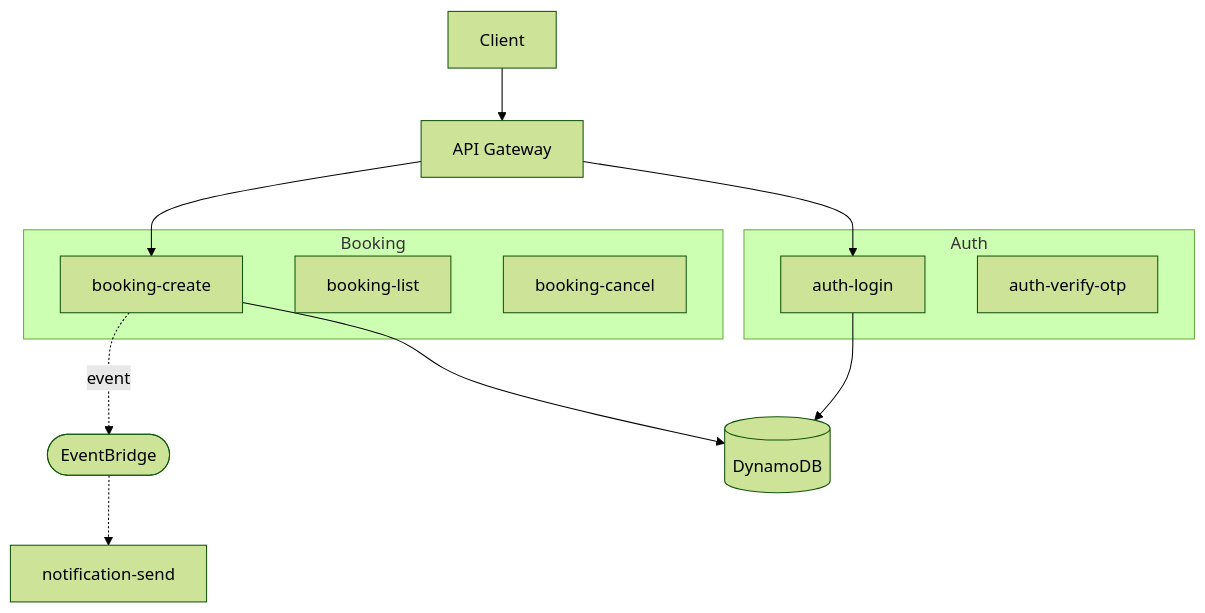
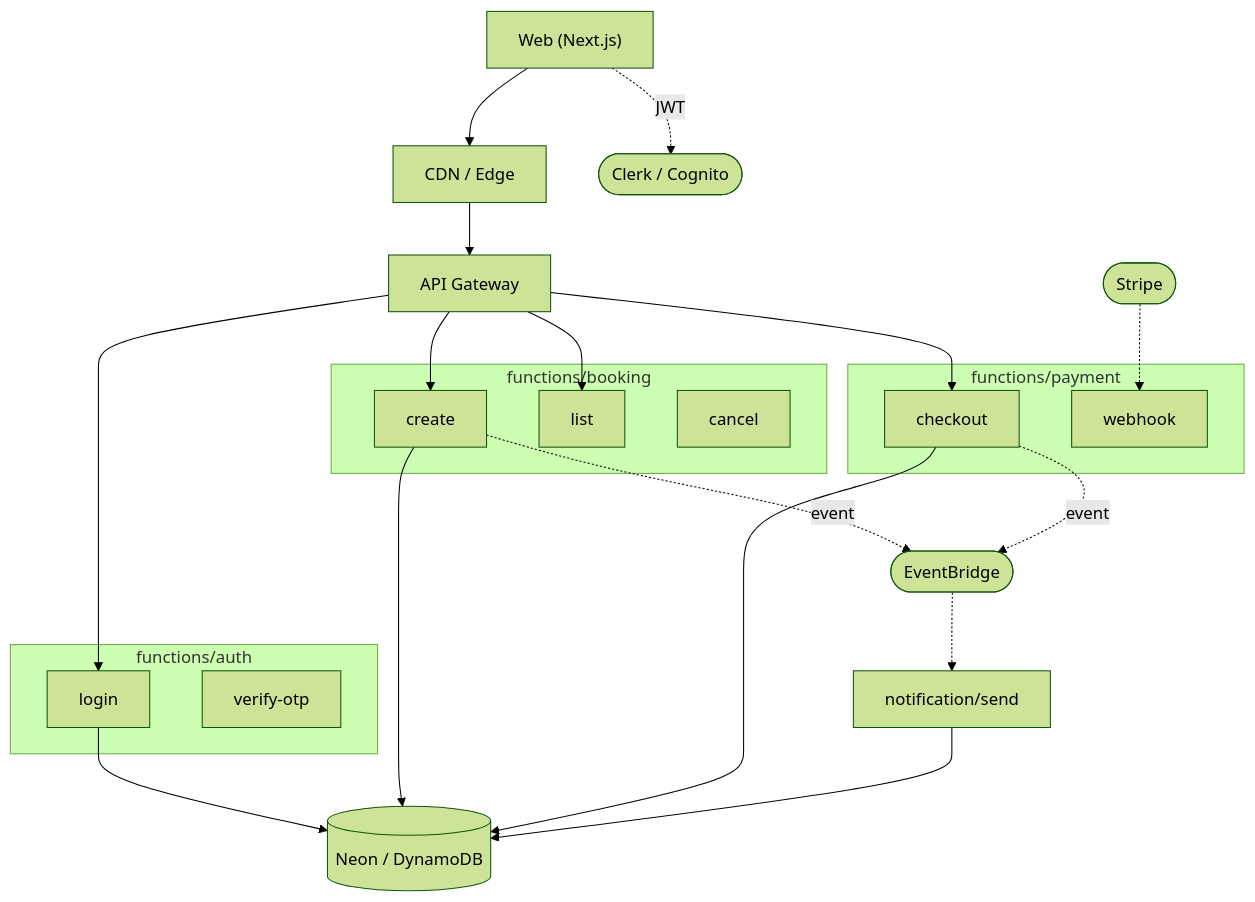
Before and after one commit to aoecosystem/agentic-workflow: the diagram in deliverables/architecture/styles/serverless.md, drawn with Mermaid (forest theme). The commit also changed other lines of this file and 99 other files, not shown here.

````diff
--- a/deliverables/architecture/styles/serverless.md
+++ b/deliverables/architecture/styles/serverless.md
@@ -106,19 +275,31 @@
 ```mermaid
 flowchart TB
-  Client --> APIGW[API Gateway]
-  subgraph Auth
-    F1[auth-login]
-    F2[auth-verify-otp]
+  Client["Web (Next.js)"] --> CDN[CDN / Edge]
+  CDN --> APIGW[API Gateway]
+  Client -.->|JWT| Auth([Clerk / Cognito])
+  subgraph AuthFns["functions/auth"]
+    F1[login]
+    F2[verify-otp]
   end
-  subgraph Booking
-    F3[booking-create]
-    F4[booking-list]
-    F5[booking-cancel]
+  subgraph BookingFns["functions/booking"]
+    F3[create]
+    F4[list]
+    F5[cancel]
+  end
+  subgraph PaymentFns["functions/payment"]
+    F6[checkout]
+    F7[webhook]
   end
   APIGW --> F1
   APIGW --> F3
+  APIGW --> F4
+  APIGW --> F6
+  Stripe([Stripe]) -.-> F7
   F3 -.->|event| EB([EventBridge])
-  EB -.-> F6[notification-send]
-  F1 --> DB[(DynamoDB)]
+  F6 -.->|event| EB
+  EB -.-> F8[notification/send]
+  F1 --> DB[(Neon / DynamoDB)]
   F3 --> DB
+  F6 --> DB
+  F8 --> DB
 ```
````
